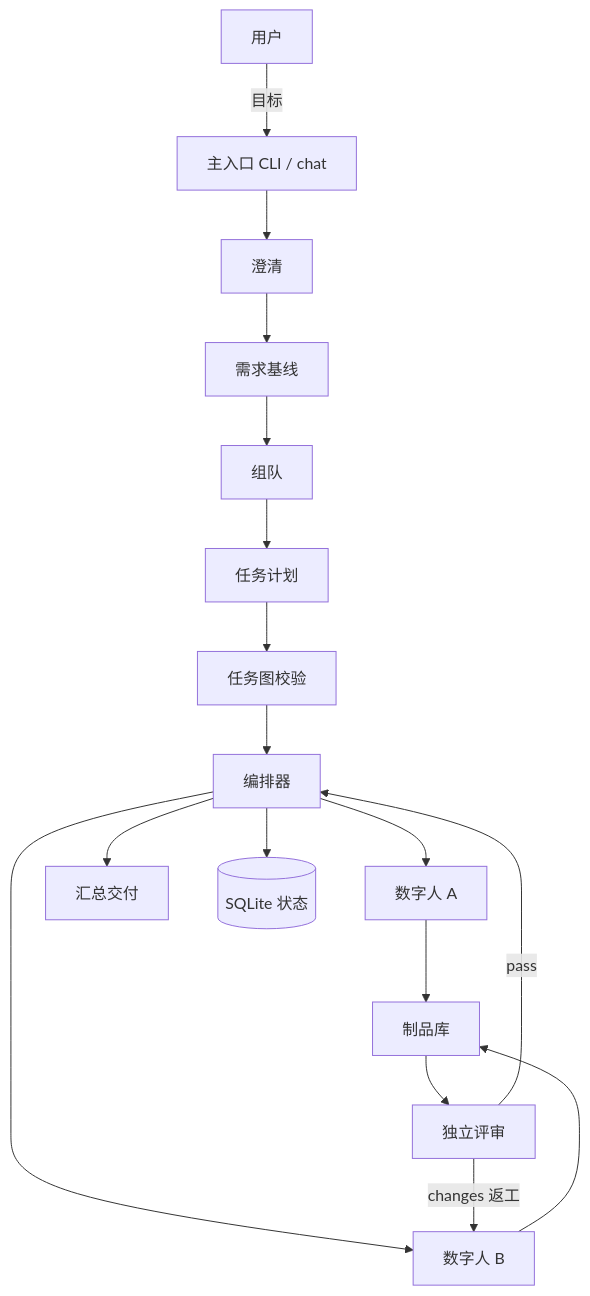
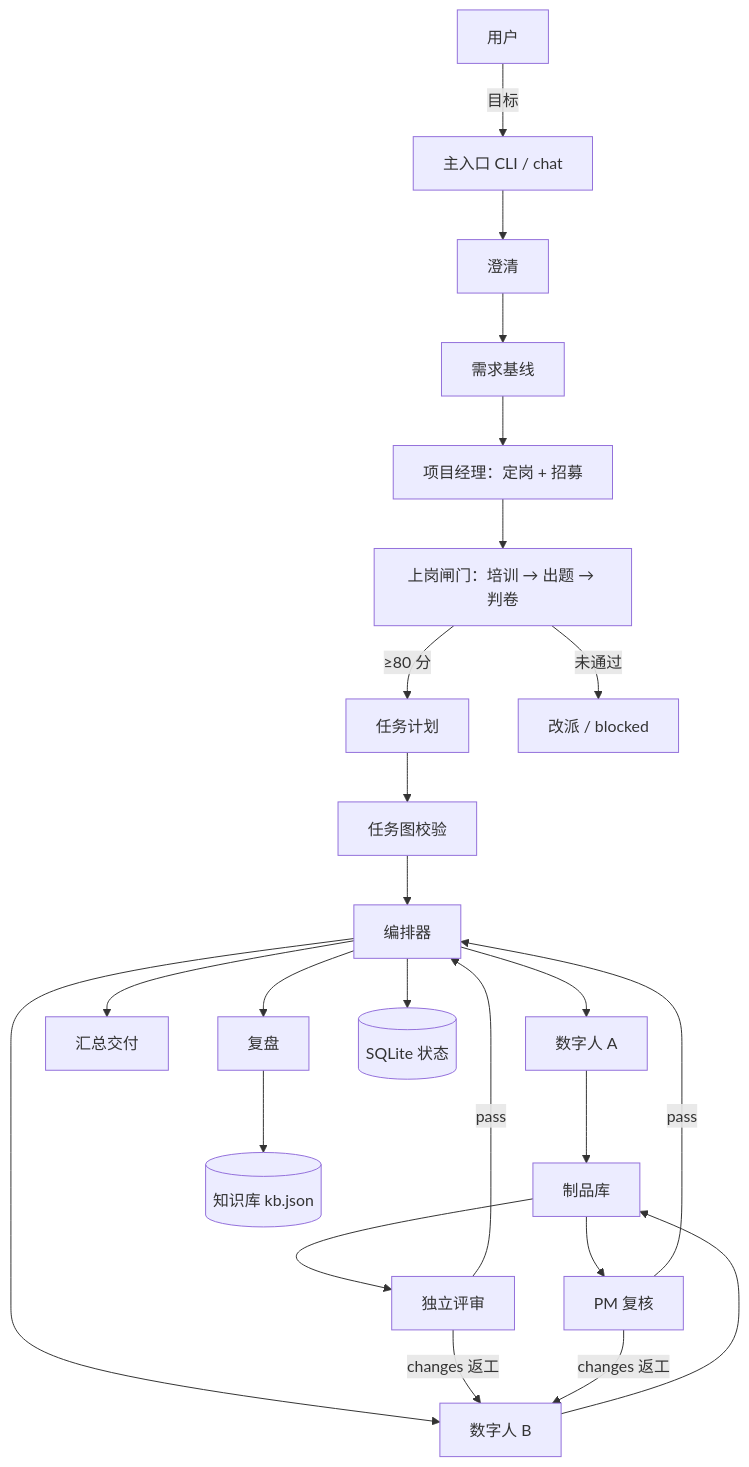
The diagram in README.md (leisurely94/AIteam), drawn with Mermaid before and after one commit. The commit also changed other lines of this file and 14 other files, not shown here.

````diff
--- a/README.md
+++ b/README.md
@@ -224,19 +266,26 @@
 ```mermaid
 flowchart TD
     U[用户] -->|目标| E[主入口 CLI / chat]
     E --> C[澄清]
     C --> B[需求基线]
-    B --> R[组队]
-    R --> P[任务计划]
+    B --> PM[项目经理：定岗 + 招募]
+    PM --> OB[上岗闸门：培训 → 出题 → 判卷]
+    OB -->|≥80 分| P[任务计划]
+    OB -->|未通过| RJ[改派 / blocked]
     P --> G[任务图校验]
     G --> O[编排器]
     O --> H1[数字人 A]
     O --> H2[数字人 B]
     H1 --> AR[制品库]
     H2 --> AR
     AR --> RV[独立评审]
+    AR --> PR[PM 复核]
     RV -->|changes 返工| H2
     RV -->|pass| O
+    PR -->|changes 返工| H2
+    PR -->|pass| O
     O --> F[汇总交付]
+    O --> RT[复盘]
+    RT --> KB[(知识库 kb.json)]
     O --> S[(SQLite 状态)]
 ```
````
